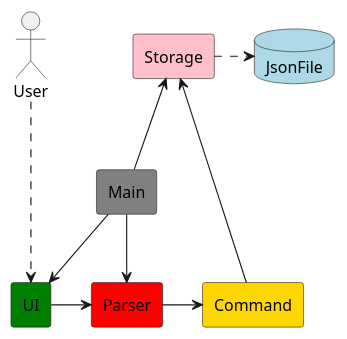
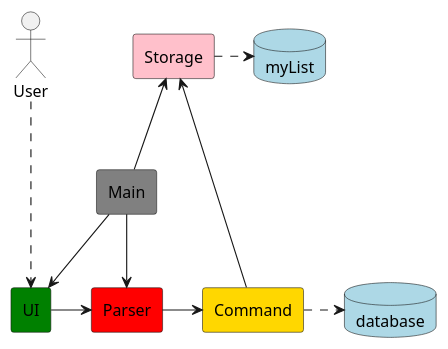
Before and after one commit to nus-cs2113-AY2425S1/tp: the diagram in uml-diagrams/ArchitectureDiagram.puml, drawn with PlantUML. The commit also changed 4 other files, not shown here.

Commit message:
Prepare architecture for team check

```diff
--- a/uml-diagrams/ArchitectureDiagram.puml
+++ b/uml-diagrams/ArchitectureDiagram.puml
@@ -1,27 +1,28 @@
 @startuml
 
 skinparam componentStyle rectangle
 
 actor User
-database JsonFile #lightblue
+database myList #lightblue
+database database #lightblue
 
 component UI #green
 component Parser #red
 component Main #gray
 component Storage #pink
 component Command #gold
 
 User -down.-> UI
 UI -right-> Parser
 
 Main -down-> Parser
 Main -down-> UI
 Main -up-> Storage
 
 Command -down-> Storage
 Parser -right-> Command
 
-
-Storage -right.-> JsonFile
+Command -right.-> database
+Storage -right.-> myList
 
 @enduml
```
